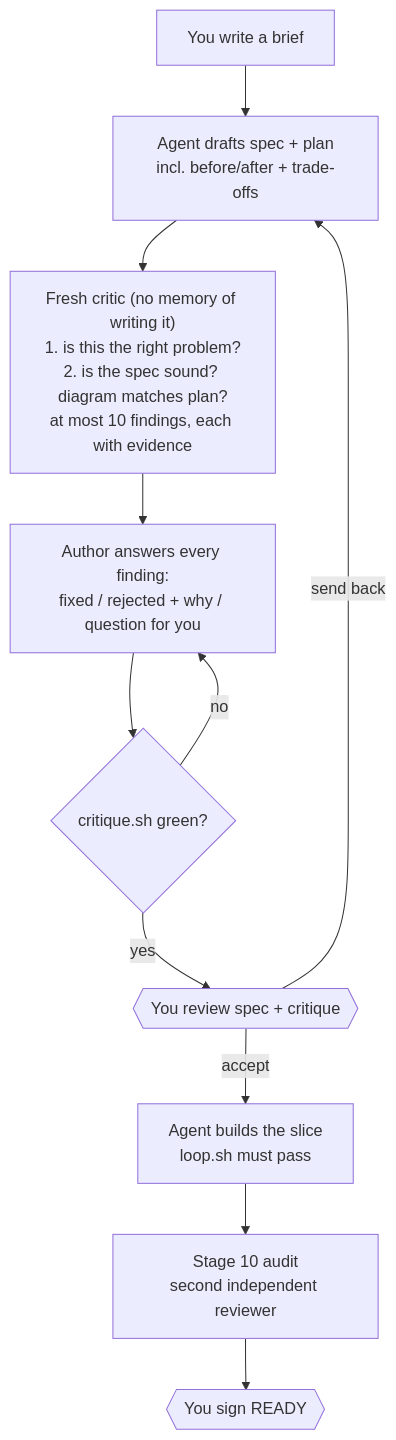
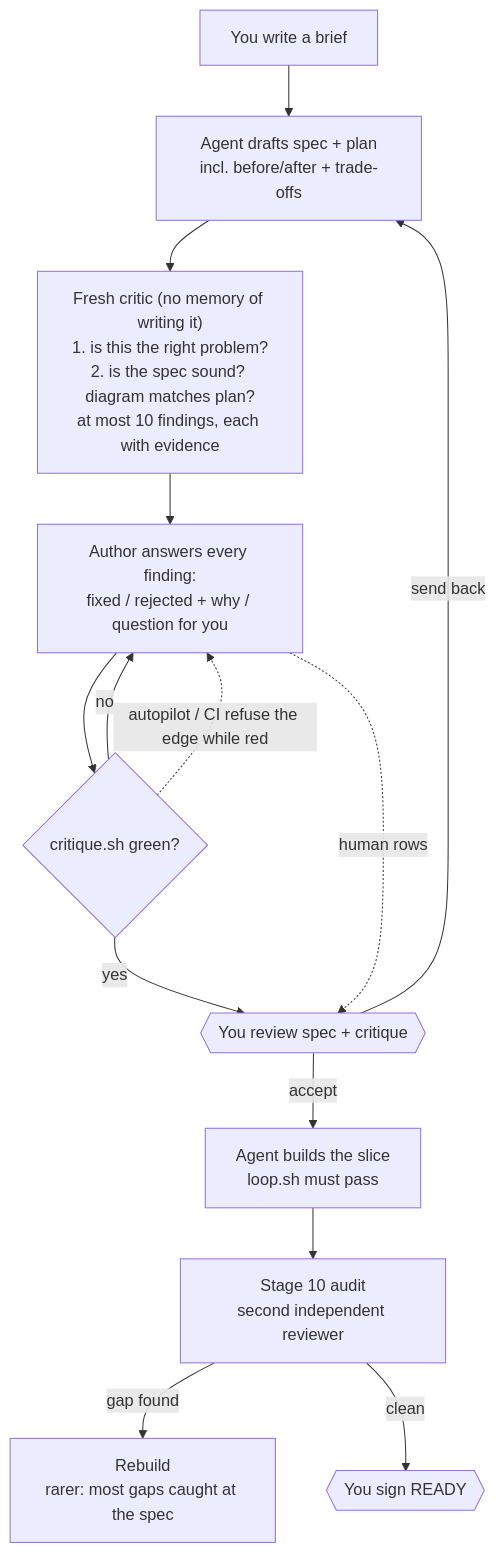
The second of 2 diagrams in docs/cascade/05b-t57-spec-critic.md (kadaluarsa/barbaric-driven-development), drawn with Mermaid before and after one commit. The commit also changed other lines of this file and 1 other file, not shown here.

First line of the commit message:
GENERATE 05b t57-spec-critic: answer all 10 critic findings, narrow to 05b, add CI layer

````diff
--- a/docs/cascade/05b-t57-spec-critic.md
+++ b/docs/cascade/05b-t57-spec-critic.md
@@ -47,13 +47,16 @@
 ```mermaid
 flowchart TD
     A["You write a brief"] --> B["Agent drafts spec + plan<br/>incl. before/after + trade-offs"]
     B --> R["Fresh critic (no memory of writing it)<br/>1. is this the right problem?<br/>2. is the spec sound? diagram matches plan?<br/>at most 10 findings, each with evidence"]
     R --> P["Author answers every finding:<br/>fixed / rejected + why / question for you"]
     P --> S{"critique.sh green?"}
     S -- no --> P
     S -- yes --> C{{"You review spec + critique"}}
     C -- send back --> B
     C -- accept --> D["Agent builds the slice<br/>loop.sh must pass"]
+    P -. "human rows" .-> C
+    S -. "autopilot / CI refuse the edge while red" .-> P
     D --> E["Stage 10 audit<br/>second independent reviewer"]
-    E --> G{{"You sign READY"}}
+    E -- gap found --> F["Rebuild<br/>rarer: most gaps caught at the spec"]
+    E -- clean --> G{{"You sign READY"}}
 ```
````
